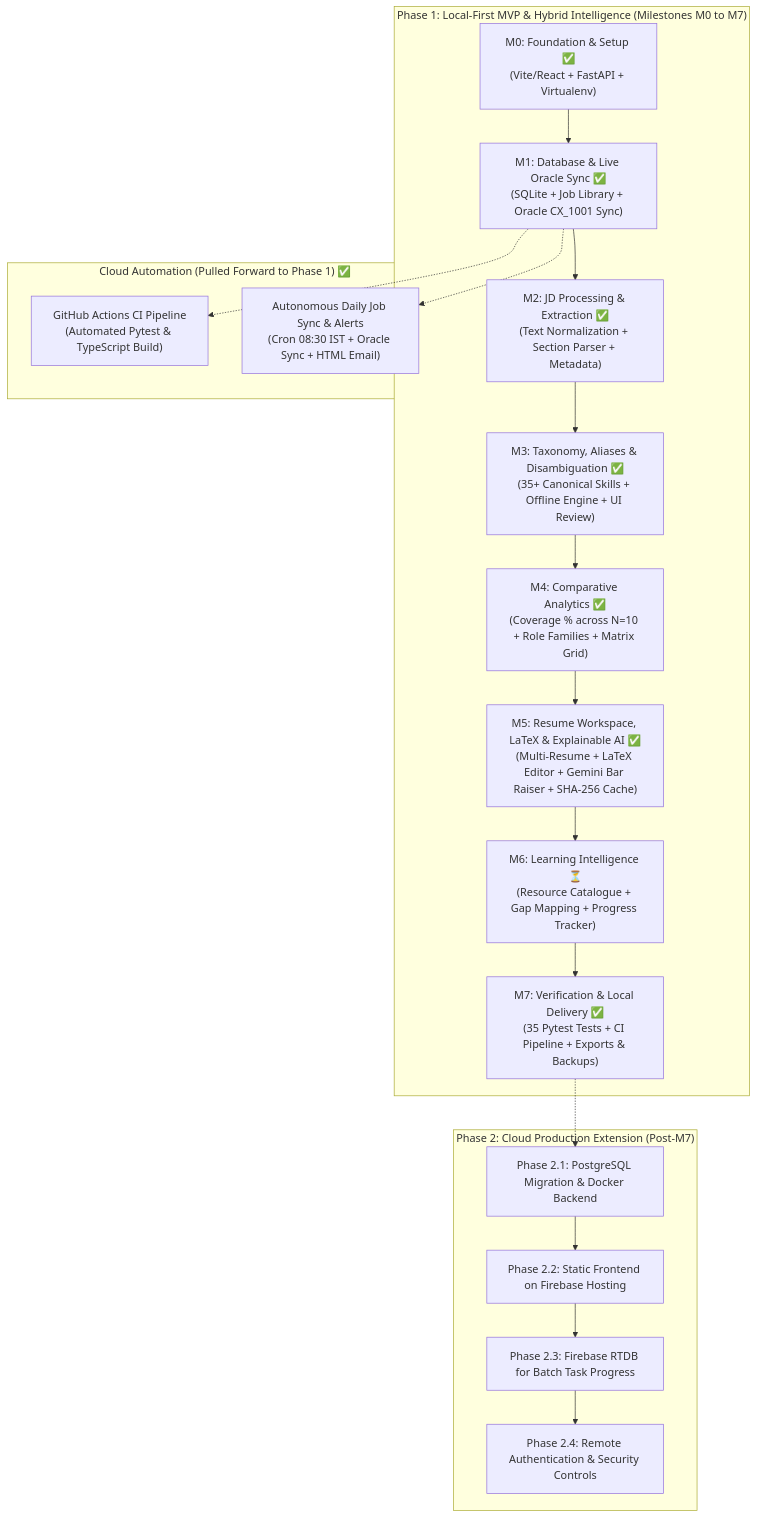
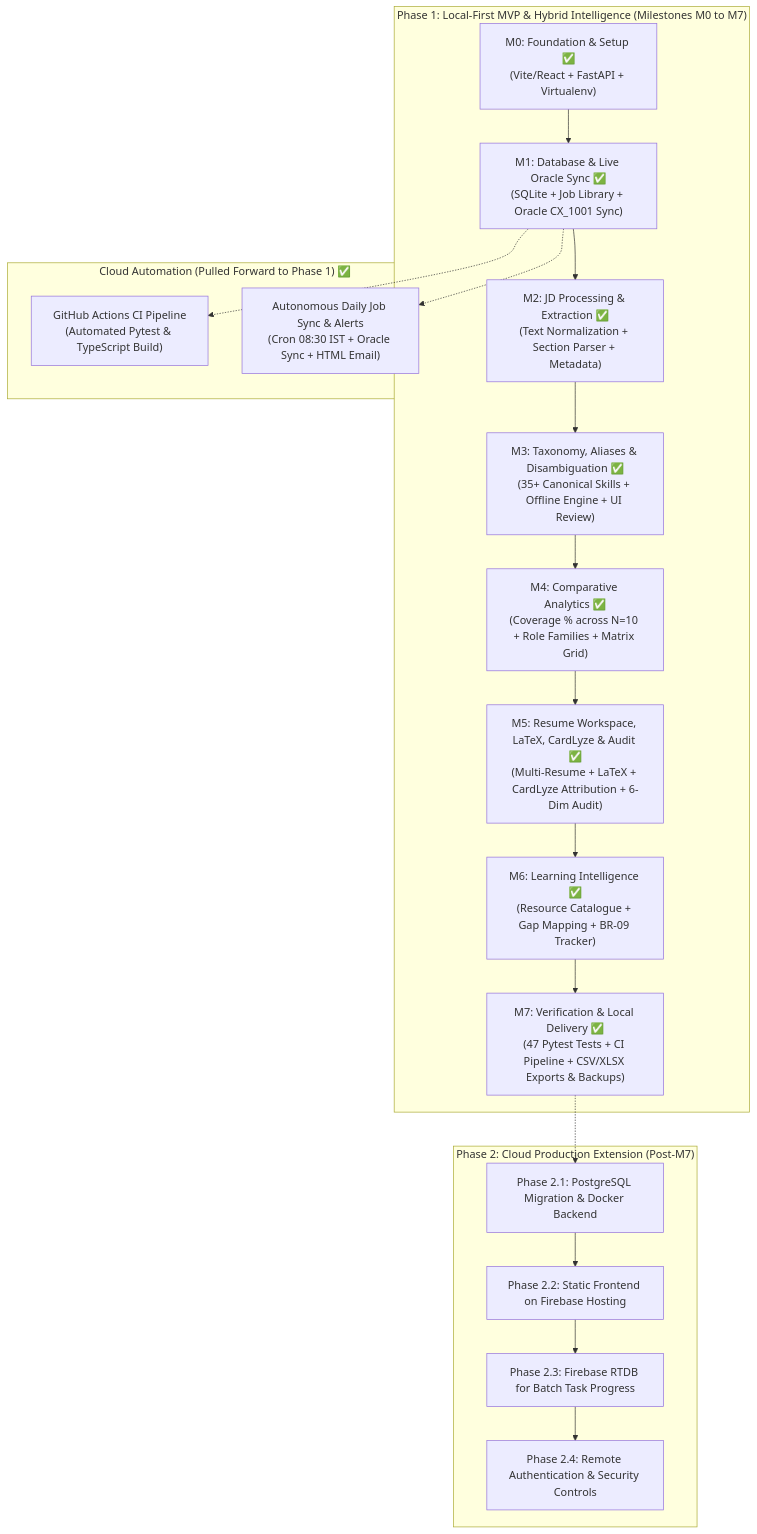
One commit to myself-moons/JP_Morgan_Career_Intelligence changed the diagram in .docs/phases.md. Above: the diagram before and after it, drawn with Mermaid. The commit also changed other lines of this file and 24 other files, not shown here.

````diff
--- a/.docs/phases.md
+++ b/.docs/phases.md
@@ -11,24 +11,24 @@
 ```mermaid
 flowchart TD
     subgraph Phase1["Phase 1: Local-First MVP & Hybrid Intelligence (Milestones M0 to M7)"]
         M0["M0: Foundation & Setup ✅<br>(Vite/React + FastAPI + Virtualenv)"] --> M1["M1: Database & Live Oracle Sync ✅<br>(SQLite + Job Library + Oracle CX_1001 Sync)"]
         M1 --> M2["M2: JD Processing & Extraction ✅<br>(Text Normalization + Section Parser + Metadata)"]
         M2 --> M3["M3: Taxonomy, Aliases & Disambiguation ✅<br>(35+ Canonical Skills + Offline Engine + UI Review)"]
         M3 --> M4["M4: Comparative Analytics ✅<br>(Coverage % across N=10 + Role Families + Matrix Grid)"]
-        M4 --> M5["M5: Resume Workspace, LaTeX & Explainable AI ✅<br>(Multi-Resume + LaTeX Editor + Gemini Bar Raiser + SHA-256 Cache)"]
-        M5 --> M6["M6: Learning Intelligence ⏳<br>(Resource Catalogue + Gap Mapping + Progress Tracker)"]
-        M6 --> M7["M7: Verification & Local Delivery ✅<br>(35 Pytest Tests + CI Pipeline + Exports & Backups)"]
+        M4 --> M5["M5: Resume Workspace, LaTeX, CardLyze & Audit ✅<br>(Multi-Resume + LaTeX + CardLyze Attribution + 6-Dim Audit)"]
+        M5 --> M6["M6: Learning Intelligence ✅<br>(Resource Catalogue + Gap Mapping + BR-09 Tracker)"]
+        M6 --> M7["M7: Verification & Local Delivery ✅<br>(47 Pytest Tests + CI Pipeline + CSV/XLSX Exports & Backups)"]
     end
 
     subgraph Phase1_Cloud["Cloud Automation (Pulled Forward to Phase 1) ✅"]
         M1 -.-> GHA_CI["GitHub Actions CI Pipeline<br>(Automated Pytest & TypeScript Build)"]
         M1 -.-> GHA_Cron["Autonomous Daily Job Sync & Alerts<br>(Cron 08:30 IST + Oracle Sync + HTML Email)"]
     end
 
     subgraph Phase2["Phase 2: Cloud Production Extension (Post-M7)"]
         M7 -.-> P2_1["Phase 2.1: PostgreSQL Migration & Docker Backend"]
         P2_1 --> P2_2["Phase 2.2: Static Frontend on Firebase Hosting"]
         P2_2 --> P2_3["Phase 2.3: Firebase RTDB for Batch Task Progress"]
         P2_3 --> P2_4["Phase 2.4: Remote Authentication & Security Controls"]
     end
 ```
````
